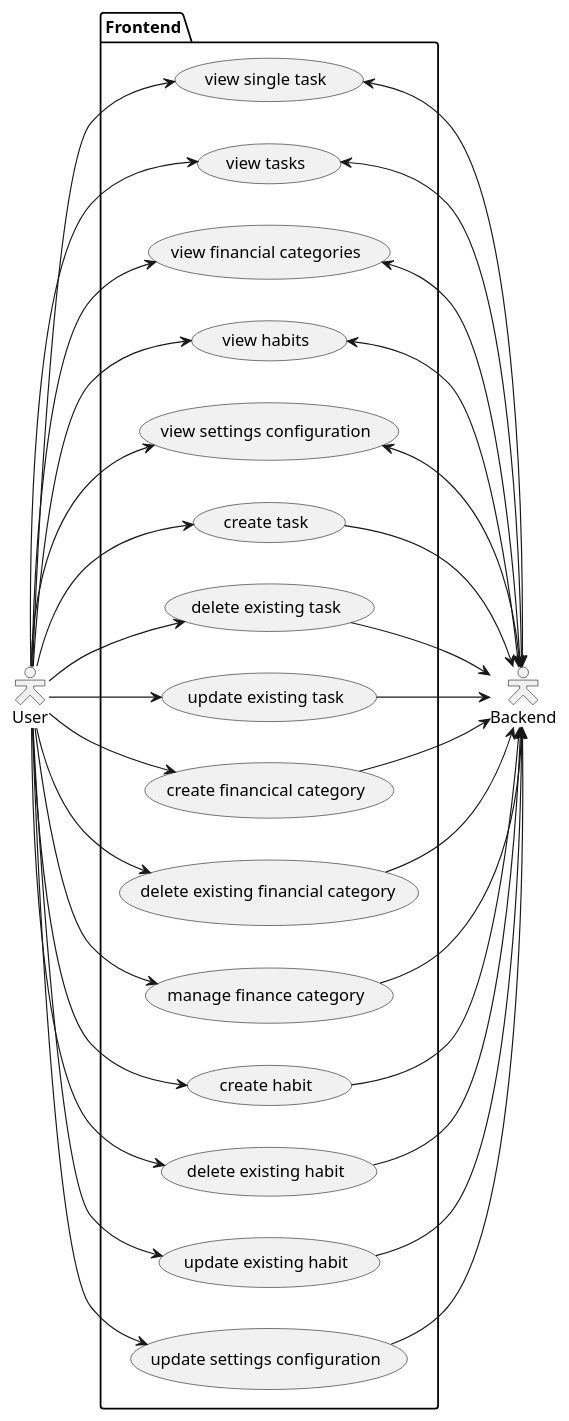
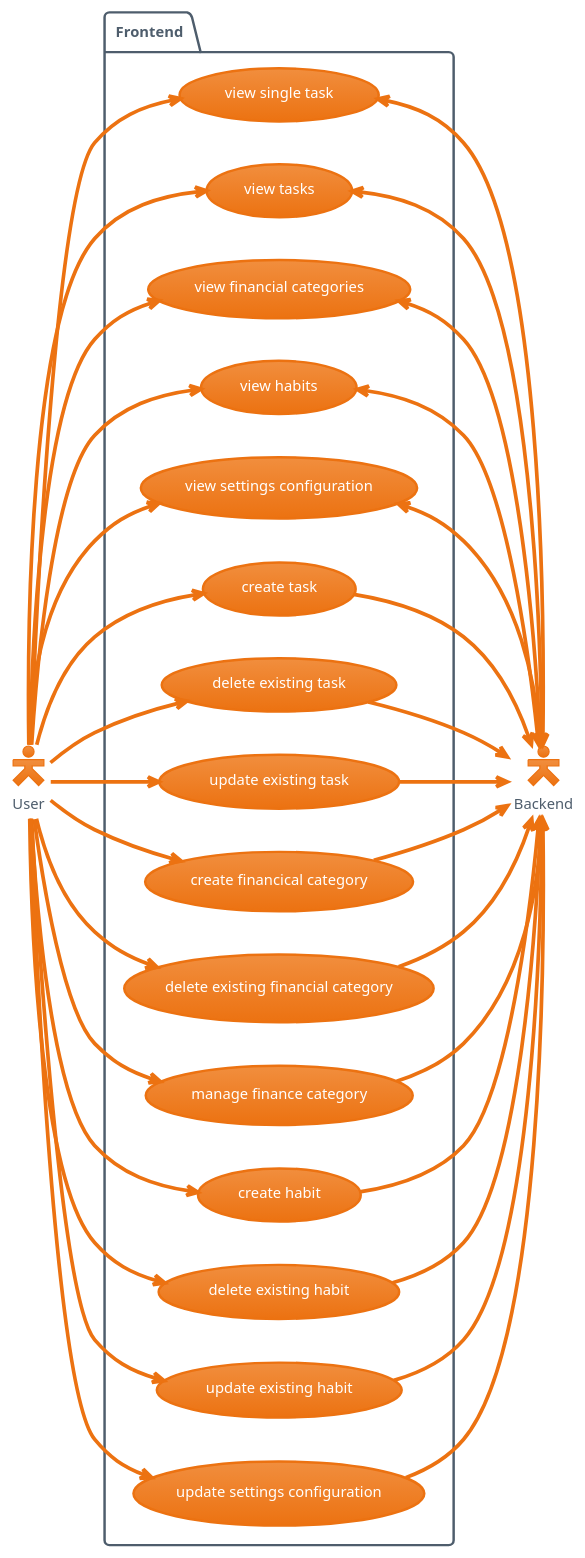
Before and after one commit to Toby-Rea/planner: the first of 2 diagrams in docs/Usecases.puml, drawn with PlantUML. The commit also changed other lines of this file and 4 other files, not shown here.

```diff
--- a/docs/Usecases.puml
+++ b/docs/Usecases.puml
@@ -1,62 +1,63 @@
 @startuml FrontendUses
+!theme aws-orange
 skinparam actorStyle Hollow
 left to right direction
 :User: as u
 :Backend: as b
 
 package Frontend {
     usecase "create task" as c_task
     usecase "delete existing task" as d_task
     usecase "update existing task" as u_task
     usecase "view single task" as single_task
     usecase "view tasks" as v_tasks
 
     usecase "create financical category" as c_finance
     usecase "delete existing financial category" as d_finance
     usecase "manage finance category" as m_finance
     usecase "view financial categories" as v_finance
 
     usecase "create habit" as c_habit
     usecase "delete existing habit" as d_habit
     usecase "update existing habit" as u_habit
     usecase "view habits" as v_habit
 
     usecase "update settings configuration" as u_settings
     usecase "view settings configuration" as v_settings
 }
 
 u --> c_task
 c_task --> b
 u --> d_task
 d_task --> b
 u --> u_task
 u_task --> b
 u --> single_task
 single_task <-> b
 u --> v_tasks
 v_tasks <-> b
 
 u --> c_finance
 c_finance --> b
 u --> d_finance
 d_finance --> b
 u --> m_finance
 m_finance --> b
 u --> v_finance
 v_finance <-> b
 
 u --> c_habit
 c_habit --> b
 u --> d_habit
 d_habit --> b
 u --> u_habit
 u_habit --> b
 u --> v_habit
 v_habit <-> b
 
 u --> v_settings
 v_settings <-> b
 u --> u_settings
 u_settings --> b
 
 @enduml
```
